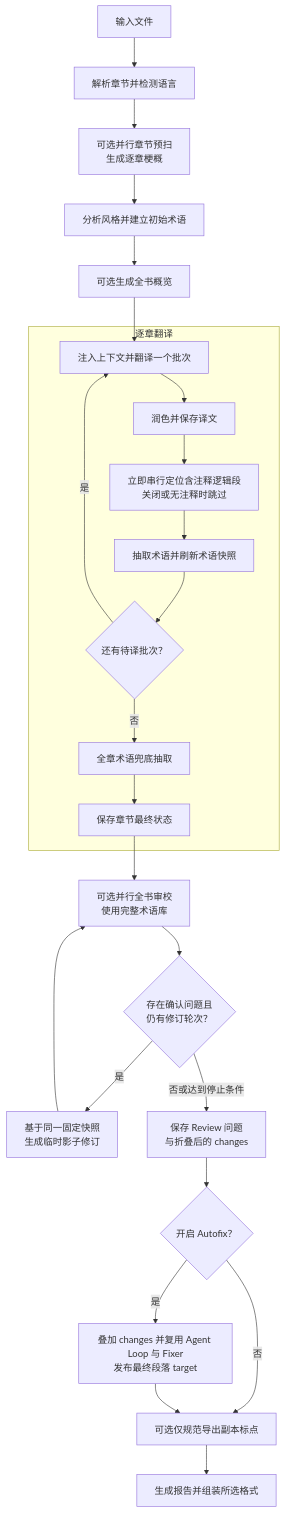
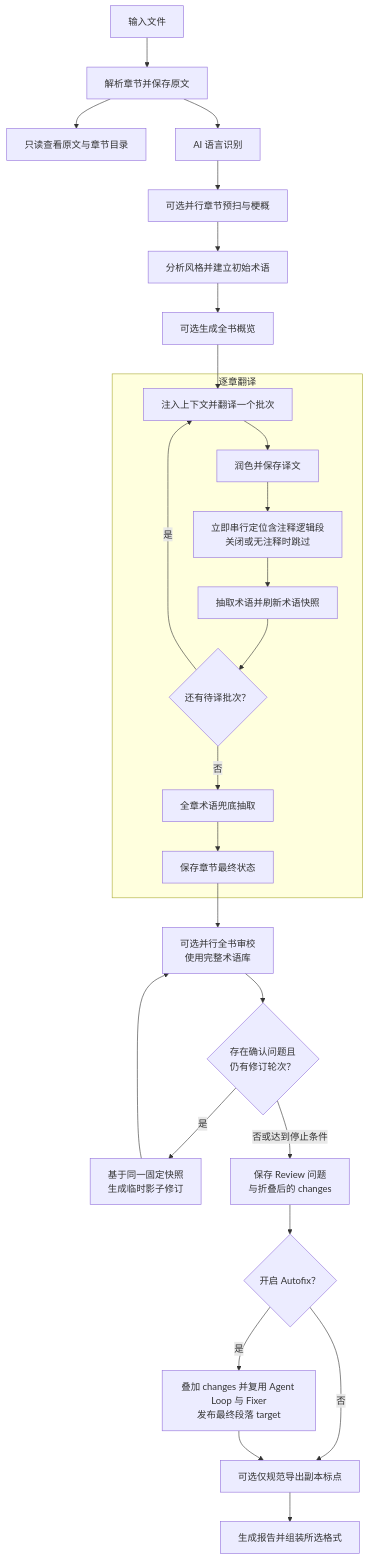
The first of 2 diagrams in docs/zh/pipeline.md (BigDawnGhost/wenyi), drawn with Mermaid before and after one commit. The commit also changed other lines of this file and 44 other files, not shown here.

````diff
--- a/docs/zh/pipeline.md
+++ b/docs/zh/pipeline.md
@@ -7,30 +9,32 @@
 ```mermaid
 flowchart TD
-    A[输入文件] --> B[解析章节并检测语言]
-    B --> C[可选并行章节预扫<br/>生成逐章梗概]
+    A[输入文件] --> B["解析章节并保存原文"]
+    B --> BV["只读查看原文与章节目录"]
+    B --> BL["AI 语言识别"]
+    BL --> C["可选并行章节预扫与梗概"]
     C --> D[分析风格并建立初始术语]
     D --> DS[可选生成全书概览]
     DS --> E
 
     subgraph T[逐章翻译]
         E[注入上下文并翻译一个批次]
         E --> F[润色并保存译文]
         F --> FA[立即串行定位含注释逻辑段<br/>关闭或无注释时跳过]
         FA --> G[抽取术语并刷新术语快照]
         G --> H{还有待译批次？}
         H -- 是 --> E
         H -- 否 --> IB[全章术语兜底抽取]
         IB --> J[保存章节最终状态]
     end
 
     J --> K[可选并行全书审校<br/>使用完整术语库]
     K --> N{存在确认问题且<br/>仍有修订轮次？}
     N -- 是 --> O[基于同一固定快照<br/>生成临时影子修订]
     O --> K
     N -- 否或达到停止条件 --> P[保存 Review 问题<br/>与折叠后的 changes]
     P --> Q{开启 Autofix？}
     Q -- 是 --> R[叠加 changes 并复用 Agent Loop 与 Fixer<br/>发布最终段落 target]
     Q -- 否 --> X[可选仅规范导出副本标点]
     R --> X
     X --> M[生成报告并组装所选格式]
 ```
````
